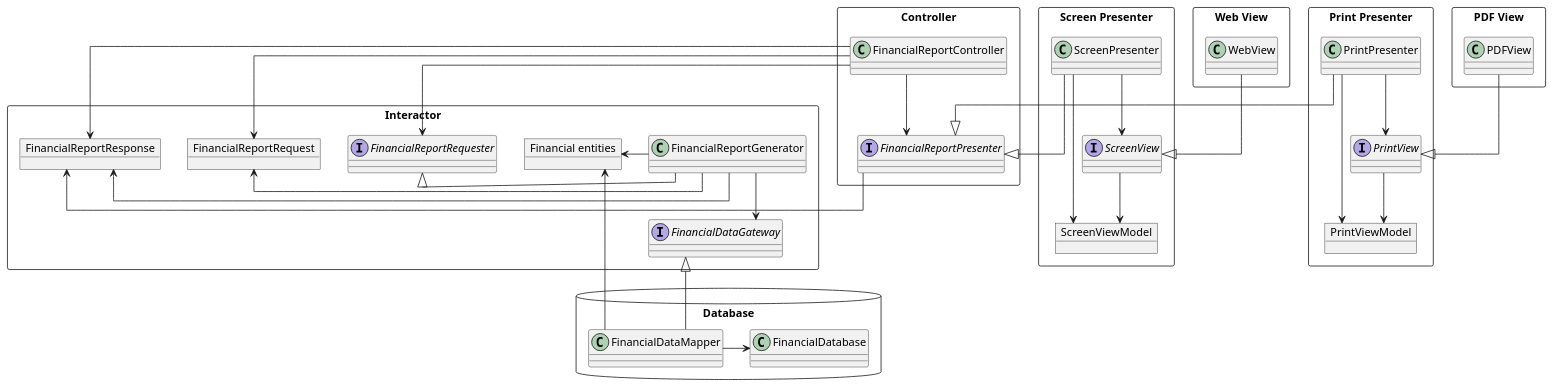
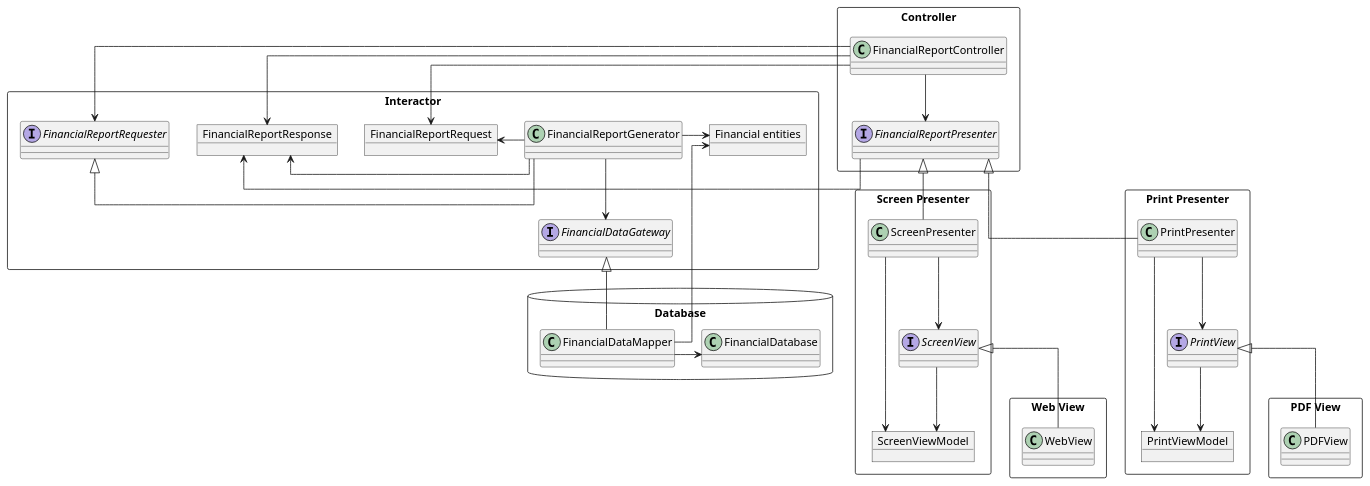
One commit to huland/logseq-notes changed the third of 3 diagrams in pages/Robert C. Martin - Clean Architecture A Craftsman's Guide to Software Structure and Design.md. Above: the diagram before and after it, drawn with PlantUML.

Commit message:
Auto saved by Logseq

```diff
--- a/pages/Robert C. Martin - Clean Architecture A Craftsman's Guide to Software Structure and Design.md
+++ b/pages/Robert C. Martin - Clean Architecture A Craftsman's Guide to Software Structure and Design.md
@@ -203,60 +203,60 @@
 				  @startuml
 				  skinparam linetype ortho
 				  package Interactor <<Rectangle>> {
 				    object FinancialReportRequest
 				    interface FinancialReportRequester
 				    object FinancialReportResponse
 				    class FinancialReportGenerator
 				    interface FinancialDataGateway
 				    object "Financial entities" as FinancialEntities
 				  }
 				  package Controller <<Rectangle>> {
 				    class FinancialReportController 
 				    interface FinancialReportPresenter
 				  }
 				  package Database <<Database>> {
 				    class FinancialDataMapper 
 				    class FinancialDatabase
 				  }
 				  package "Screen Presenter" as ScreenPres <<Rectangle>> {
 				    class ScreenPresenter
 				    object ScreenViewModel
 				    interface ScreenView
 				  }
 				  package "Print Presenter" as PrintPres <<Rectangle>> {
 				    class PrintPresenter
 				    object PrintViewModel
 				    interface PrintView
 				  } 
 				  package "PDF View" as PDFV <<Rectangle>> {
 				    class PDFView
 				  } 
 				  package "Web View" as WebV <<Rectangle>> {
 				    class WebView
 				  } 
 				  
 				  FinancialReportGenerator -l-> FinancialReportRequest
 				  FinancialReportGenerator -r-> FinancialEntities
 				  FinancialReportGenerator -l-> FinancialReportResponse
 				  FinancialReportGenerator -d-> FinancialDataGateway
 				  FinancialReportGenerator -l-|> FinancialReportRequester
 				  FinancialDataMapper -r-> FinancialDatabase
 				  FinancialDataMapper -u-> FinancialEntities
 				  FinancialDataMapper -u-|> FinancialDataGateway
 				  FinancialReportController -d-> FinancialReportPresenter
 				  FinancialReportPresenter -r-> FinancialReportResponse
 				  FinancialReportController -r-> FinancialReportRequest
 				  FinancialReportController -r-> FinancialReportRequester
 				  FinancialReportController -r-> FinancialReportResponse
-				  ScreenPresenter --> ScreenView
-				  ScreenView --> ScreenViewModel
-				  ScreenPresenter --> ScreenViewModel
-				  ScreenPresenter --|> FinancialReportPresenter
-				  PrintPresenter --> PrintView
-				  PrintView --> PrintViewModel
-				  PrintPresenter --> PrintViewModel
-				  PrintPresenter --|> FinancialReportPresenter
-				  WebView --|> ScreenView
-				  PDFView --|> PrintView
+				  ScreenPresenter -d-> ScreenView
+				  ScreenView -d-> ScreenViewModel
+				  ScreenPresenter -d-> ScreenViewModel
+				  ScreenPresenter -u-|> FinancialReportPresenter
+				  PrintPresenter -d-> PrintView
+				  PrintView -d-> PrintViewModel
+				  PrintPresenter -d-> PrintViewModel
+				  PrintPresenter -u-|> FinancialReportPresenter
+				  WebView -u-|> ScreenView
+				  PDFView -u-|> PrintView
 				  
 				  @enduml
```
